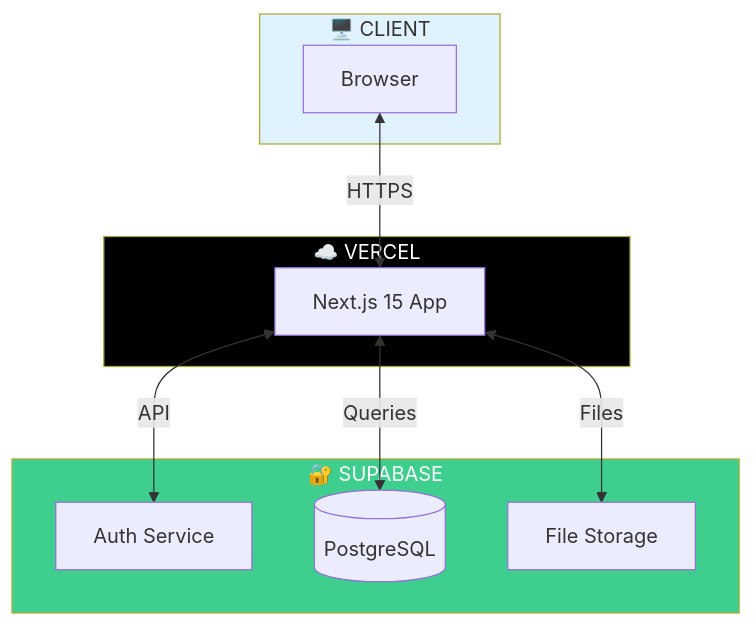
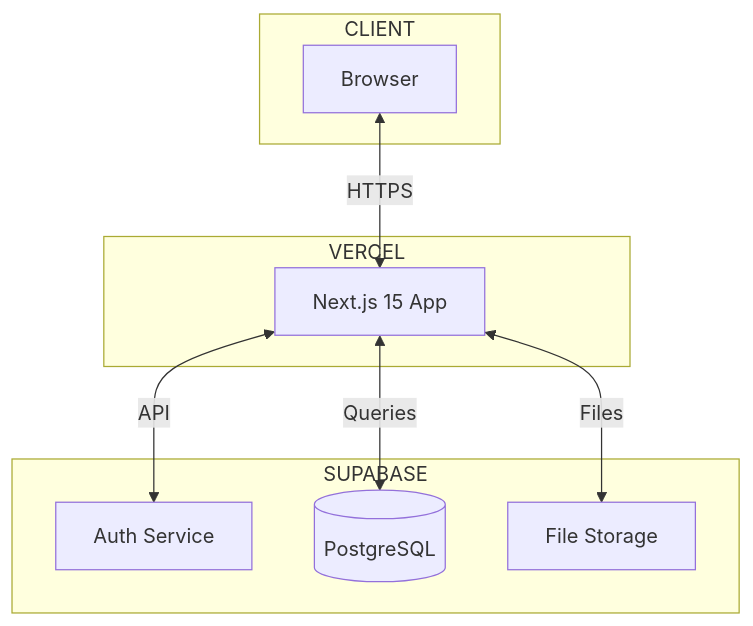
One commit to jngonzales/architecture changed the first of 7 diagrams in README.md. Above: the diagram before and after it, drawn with Mermaid. The commit also changed other lines of this file, not shown here.

````diff
--- a/README.md
+++ b/README.md
@@ -1,25 +5,21 @@
 ```mermaid
 flowchart TB
-    subgraph Client["🖥️ CLIENT"]
+    subgraph Client["CLIENT"]
         Browser["Browser"]
     end
 
-    subgraph Vercel["☁️ VERCEL"]
+    subgraph Vercel["VERCEL"]
         Next["Next.js 15 App"]
     end
 
-    subgraph Supabase["🔐 SUPABASE"]
+    subgraph Supabase["SUPABASE"]
         Auth["Auth Service"]
         DB[(PostgreSQL)]
         Storage["File Storage"]
     end
 
-    Browser <-->|"HTTPS"| Next
-    Next <-->|"API"| Auth
-    Next <-->|"Queries"| DB
-    Next <-->|"Files"| Storage
-
-    style Client fill:#e0f2fe
-    style Vercel fill:#000,color:#fff
-    style Supabase fill:#3ecf8e,color:#fff
+    Browser <-->|HTTPS| Next
+    Next <-->|API| Auth
+    Next <-->|Queries| DB
+    Next <-->|Files| Storage
 ```
````
